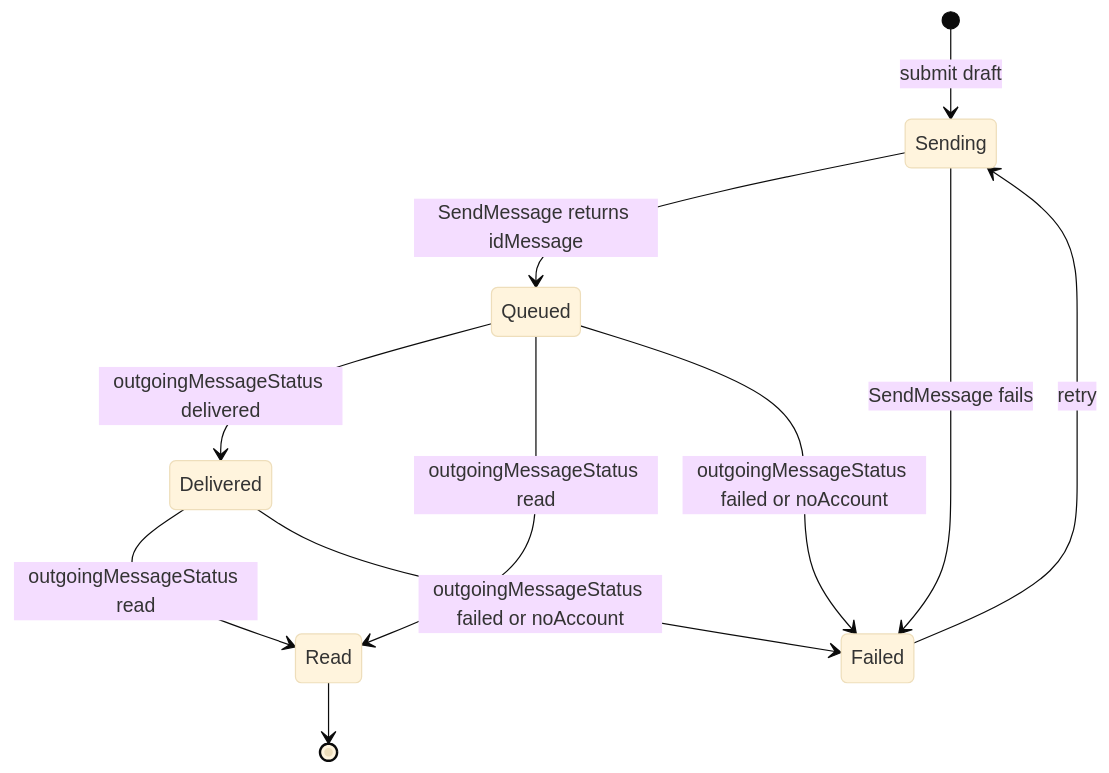
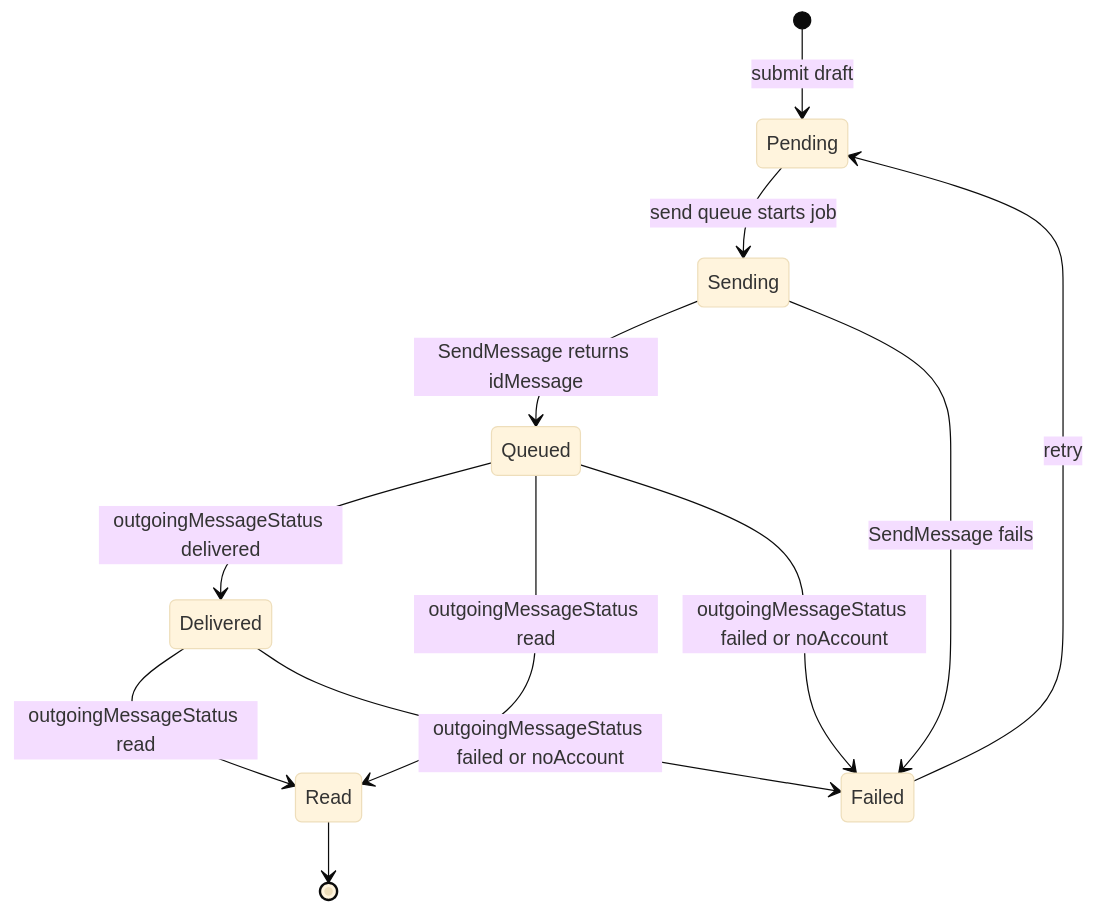
Before and after one commit to vgratsilev/green-api-test: the fourth of 6 diagrams in docs/diagrams/README.md, drawn with Mermaid (base theme). The commit also changed other lines of this file and 10 other files, not shown here.

Commit message:
docs: refresh chat demo and architecture guide

````diff
--- a/docs/diagrams/README.md
+++ b/docs/diagrams/README.md
@@ -139,13 +142,14 @@
 ```mermaid
 stateDiagram-v2
-  [*] --> Sending: submit draft
+  [*] --> Pending: submit draft
+  Pending --> Sending: send queue starts job
   Sending --> Queued: SendMessage returns idMessage
   Sending --> Failed: SendMessage fails
   Queued --> Delivered: outgoingMessageStatus delivered
   Queued --> Read: outgoingMessageStatus read
   Queued --> Failed: outgoingMessageStatus failed or noAccount
   Delivered --> Read: outgoingMessageStatus read
   Delivered --> Failed: outgoingMessageStatus failed or noAccount
-  Failed --> Sending: retry
+  Failed --> Pending: retry
   Read --> [*]
 ```
````
